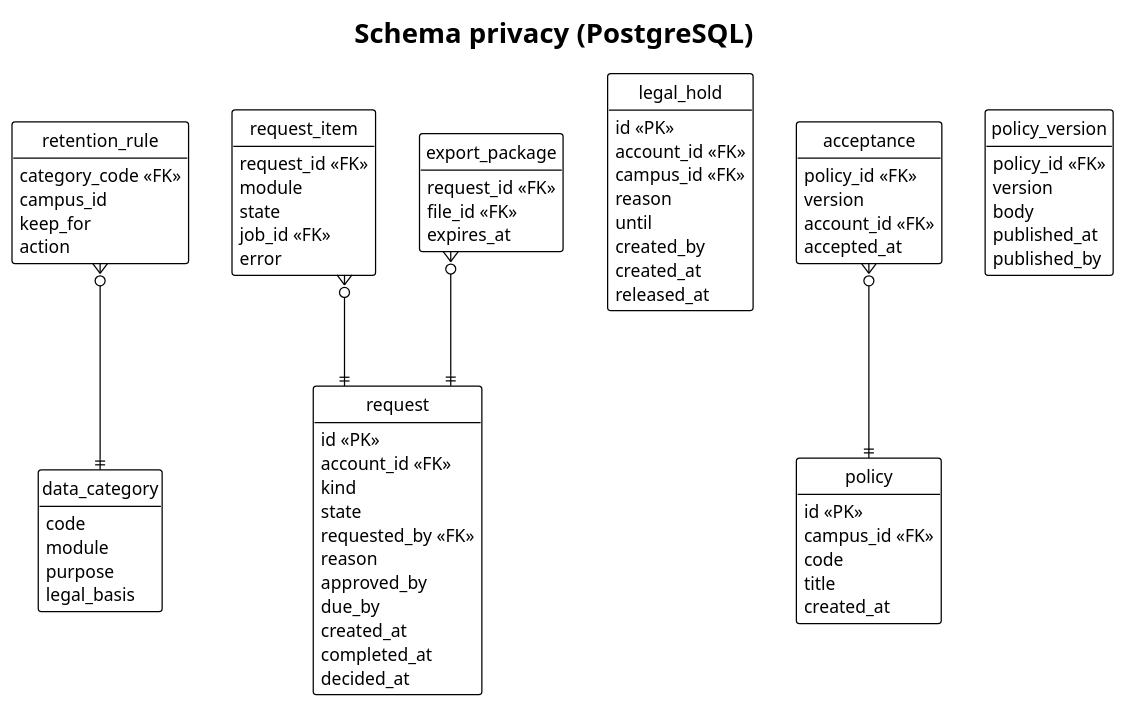
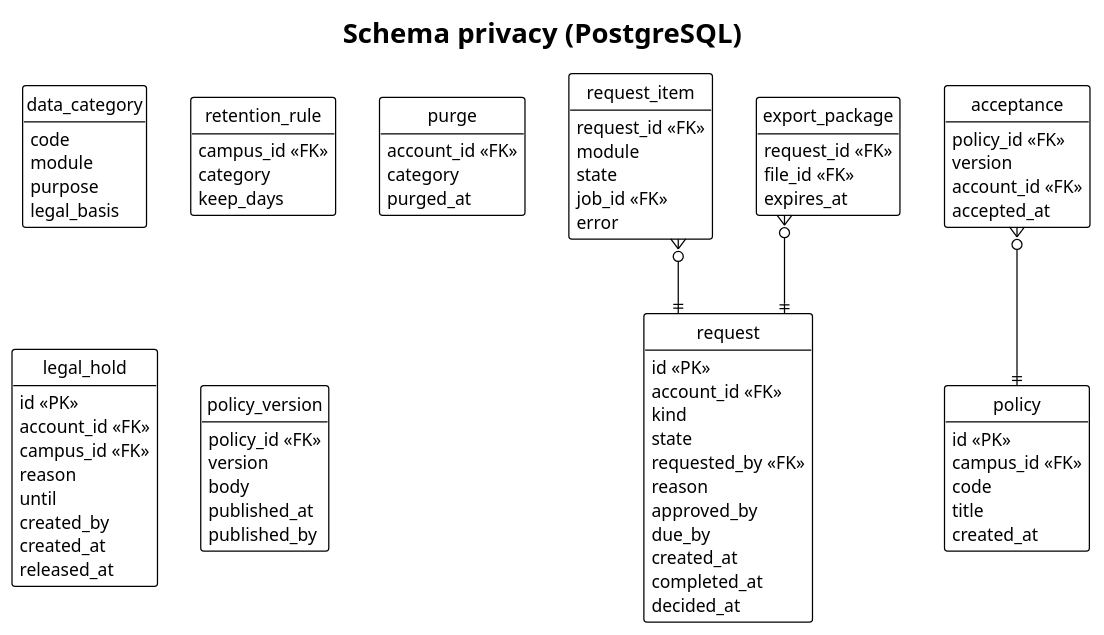
The diagram in docs/03-design/data-model/privacy.puml (didactika/kampus), drawn with PlantUML before and after one commit. The commit also changed 21 other files, not shown here.

First line of the commit message:
feat(privacy): retention rules that purge kept data after a deletion

```diff
--- a/docs/03-design/data-model/privacy.puml
+++ b/docs/03-design/data-model/privacy.puml
@@ -3,80 +3,83 @@
 @startuml
 !theme plain
 hide empty members
 hide circle
 skinparam linetype ortho
 title Schema privacy (PostgreSQL)
 
 entity data_category {
   code
   module
   purpose
   legal_basis
 }
 entity request {
   id <<PK>>
   account_id <<FK>>
   kind
   state
   requested_by <<FK>>
   reason
   approved_by
   due_by
   created_at
   completed_at
   decided_at
 }
 entity request_item {
   request_id <<FK>>
   module
   state
   job_id <<FK>>
   error
 }
 entity retention_rule {
-  category_code <<FK>>
-  campus_id
-  keep_for
-  action
+  campus_id <<FK>>
+  category
+  keep_days
+}
+entity purge {
+  account_id <<FK>>
+  category
+  purged_at
 }
 entity legal_hold {
   id <<PK>>
   account_id <<FK>>
   campus_id <<FK>>
   reason
   until
   created_by
   created_at
   released_at
 }
 entity policy {
   id <<PK>>
   campus_id <<FK>>
   code
   title
   created_at
 }
 entity policy_version {
   policy_id <<FK>>
   version
   body
   published_at
   published_by
 }
 entity acceptance {
   policy_id <<FK>>
   version
   account_id <<FK>>
   accepted_at
 }
 entity export_package {
   request_id <<FK>>
   file_id <<FK>>
   expires_at
 }
 
 request_item }o--|| request
-retention_rule }o--|| data_category
 acceptance }o--|| policy
 export_package }o--|| request
 @enduml
```
